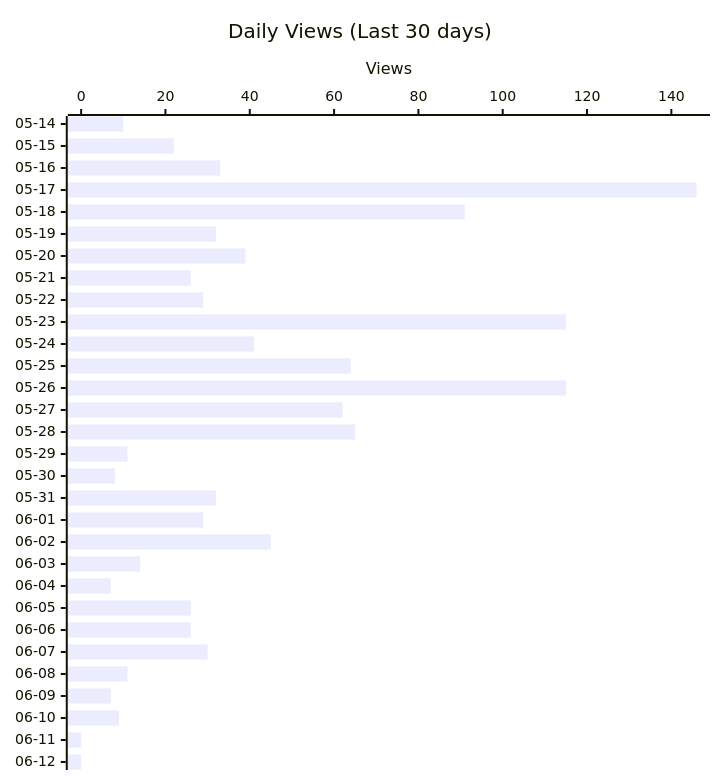
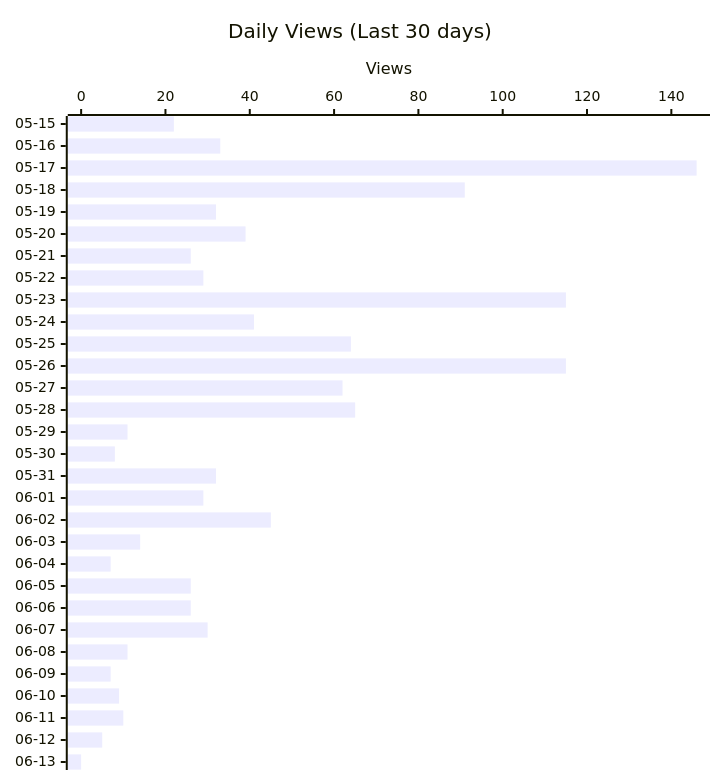
One commit to shigechika/github-insights changed the second of 3 diagrams in README.md. Above: the diagram before and after it, drawn with Mermaid. The commit also changed other lines of this file and 2 other files, not shown here.

````diff
--- a/README.md
+++ b/README.md
@@ -28,12 +28,12 @@
 ```mermaid
 ---
 config:
   xyChart:
     height: 760
 ---
 xychart-beta horizontal
     title "Daily Views (Last 30 days)"
-    x-axis ["05-14", "05-15", "05-16", "05-17", "05-18", "05-19", "05-20", "05-21", "05-22", "05-23", "05-24", "05-25", "05-26", "05-27", "05-28", "05-29", "05-30", "05-31", "06-01", "06-02", "06-03", "06-04", "06-05", "06-06", "06-07", "06-08", "06-09", "06-10", "06-11", "06-12"]
+    x-axis ["05-15", "05-16", "05-17", "05-18", "05-19", "05-20", "05-21", "05-22", "05-23", "05-24", "05-25", "05-26", "05-27", "05-28", "05-29", "05-30", "05-31", "06-01", "06-02", "06-03", "06-04", "06-05", "06-06", "06-07", "06-08", "06-09", "06-10", "06-11", "06-12", "06-13"]
     y-axis "Views"
-    bar [10, 22, 33, 146, 91, 32, 39, 26, 29, 115, 41, 64, 115, 62, 65, 11, 8, 32, 29, 45, 14, 7, 26, 26, 30, 11, 7, 9, 0, 0]
+    bar [22, 33, 146, 91, 32, 39, 26, 29, 115, 41, 64, 115, 62, 65, 11, 8, 32, 29, 45, 14, 7, 26, 26, 30, 11, 7, 9, 10, 5, 0]
 ```
````
